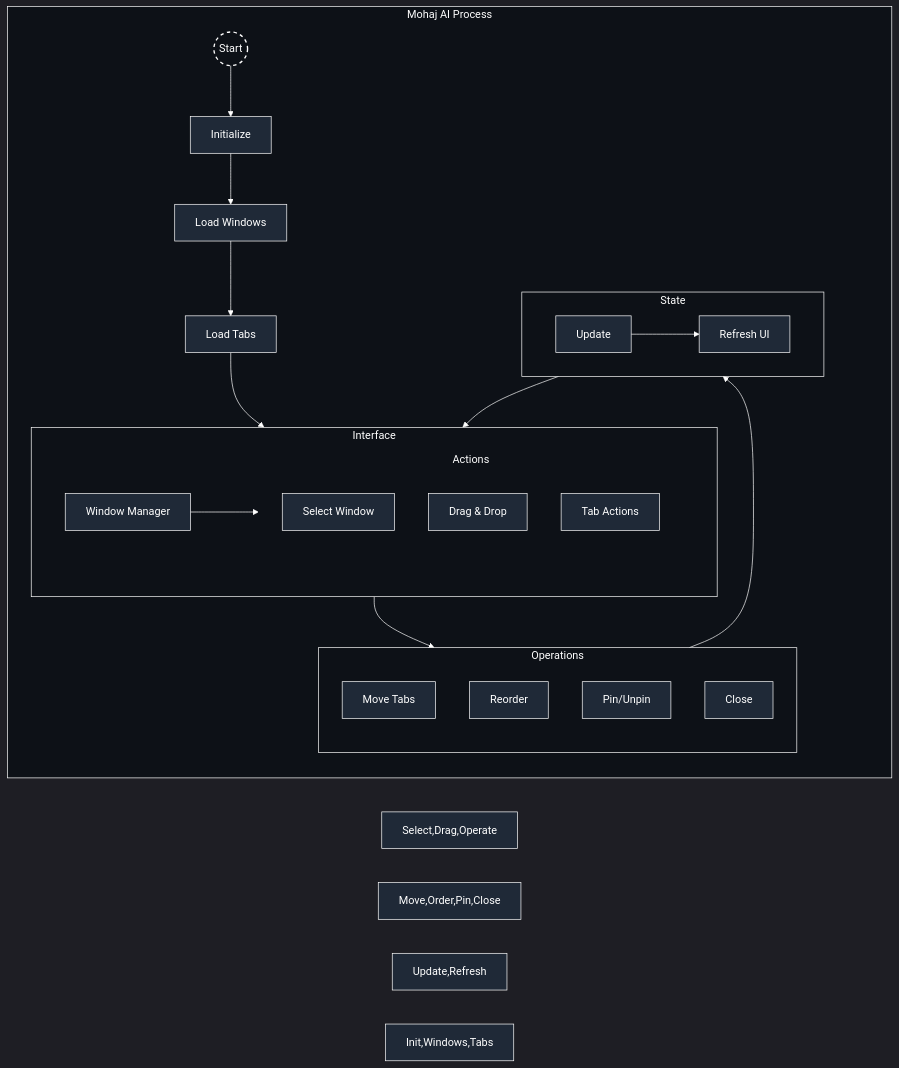
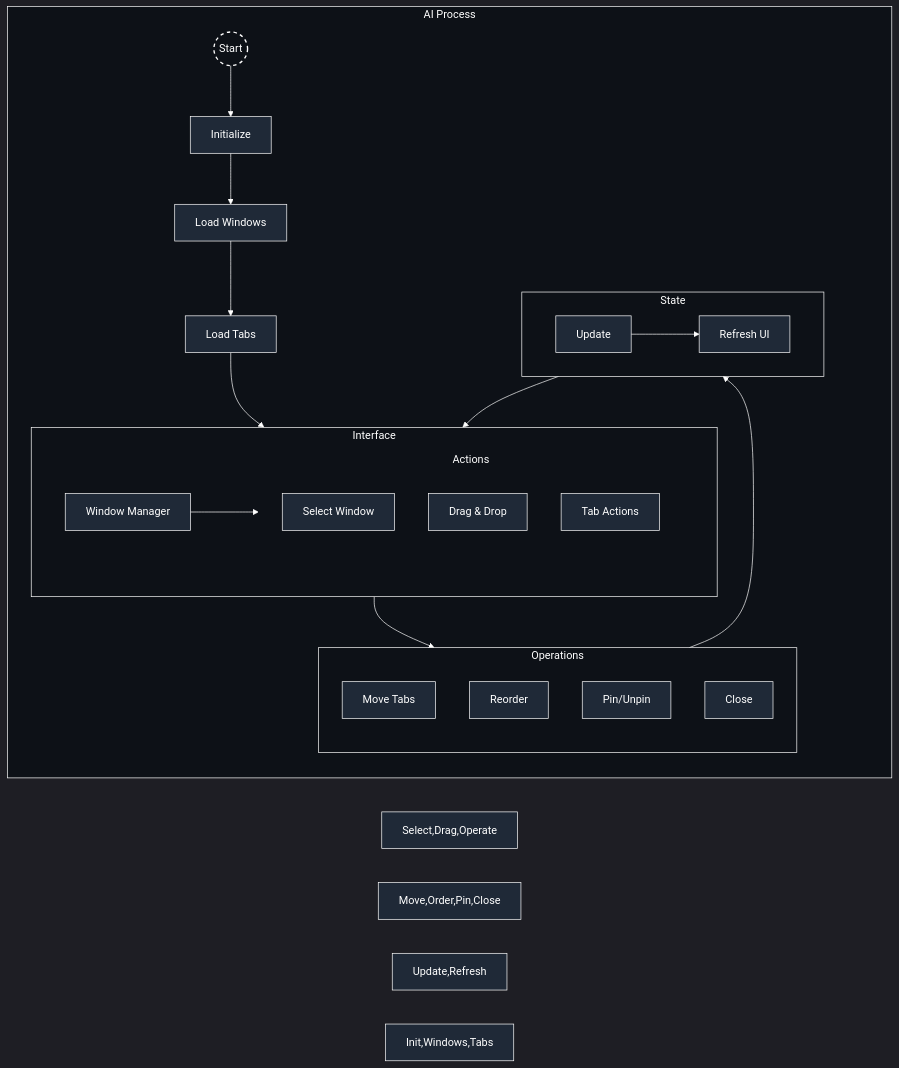
One commit to moelhaj996/AI-Powered-Tab-Manager-Organizer changed the diagram in README.md. Above: the diagram before and after it, drawn with Mermaid. The commit also changed other lines of this file, not shown here.

````diff
--- a/README.md
+++ b/README.md
@@ -5,77 +5,77 @@
 ```mermaid
 %%{init: { 
     'theme': 'dark',
     'themeVariables': {
         'background': '#0D1117',
         'primaryColor': '#ffffff',
         'primaryTextColor': '#ffffff',
         'primaryBorderColor': '#ffffff',
         'lineColor': '#ffffff',
         'secondaryColor': '#1f2937',
         'tertiaryColor': '#374151'
     }
 }}%%
 flowchart LR
     %% Main Process Container
-    subgraph Process[" Mohaj AI Process "]
+    subgraph Process[" AI Process "]
         direction TB
         
         %% Core Flow
         Start((Start)) --> Init["Initialize"]
         Init --> Windows["Load Windows"]
         Windows --> Tabs["Load Tabs"]
         
         %% Interface Layer
         subgraph UI[" Interface "]
             direction LR
             Manager["Window Manager"] --> Actions
             subgraph Actions
                 direction TB
                 Select["Select Window"] 
                 Drag["Drag & Drop"]
                 Operate["Tab Actions"]
             end
         end
         
         %% Operations Layer
         subgraph Ops[" Operations "]
             direction TB
             Move["Move Tabs"]
             Order["Reorder"]
             Pin["Pin/Unpin"]
             Close["Close"]
         end
         
         %% State Layer
         subgraph State[" State "]
             direction LR
             Update["Update"] --> Refresh["Refresh UI"]
         end
         
         %% Connections
         Tabs --> Manager
         Actions --> Ops
         Ops --> Update
         Refresh --> Manager
     end
     
     %% Styling
     classDef default fill:#1f2937,stroke:#ffffff,stroke-width:1px,color:#ffffff
     classDef container fill:#0D1117,stroke:#ffffff,stroke-width:1px,color:#ffffff
     classDef start fill:none,stroke:#ffffff,stroke-width:2px,stroke-dasharray:5 5,color:#ffffff
     
     %% Apply styles
     class Start start
     class Process,UI,Ops,State container
     
     %% Node styles - Dark theme with high contrast
     style Manager fill:#1f2937,stroke:#ffffff,stroke-width:1px,color:#ffffff
     style Actions fill:none,stroke:none,color:#ffffff
     style Select,Drag,Operate fill:#1f2937,stroke:#ffffff,stroke-width:1px,color:#ffffff
     style Move,Order,Pin,Close fill:#1f2937,stroke:#ffffff,stroke-width:1px,color:#ffffff
     style Update,Refresh fill:#1f2937,stroke:#ffffff,stroke-width:1px,color:#ffffff
     style Init,Windows,Tabs fill:#1f2937,stroke:#ffffff,stroke-width:1px,color:#ffffff
 
     %% Link styles
     linkStyle default stroke:#ffffff,stroke-width:1px
 ```
````
